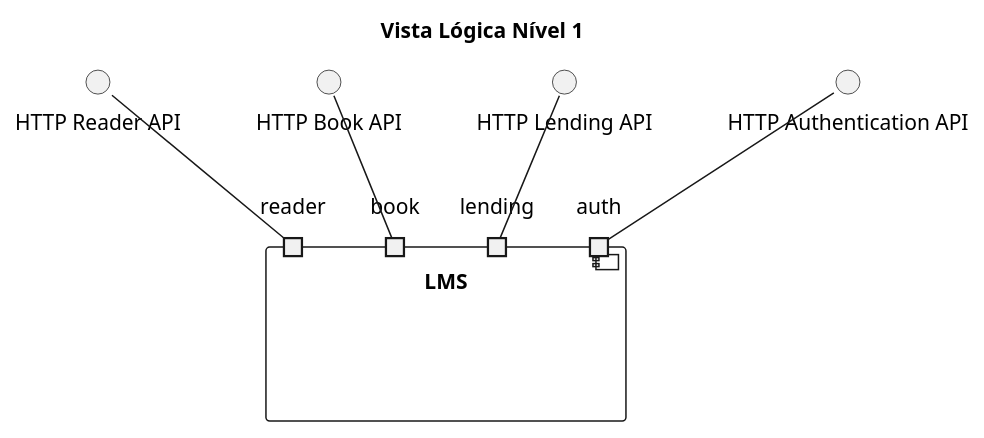
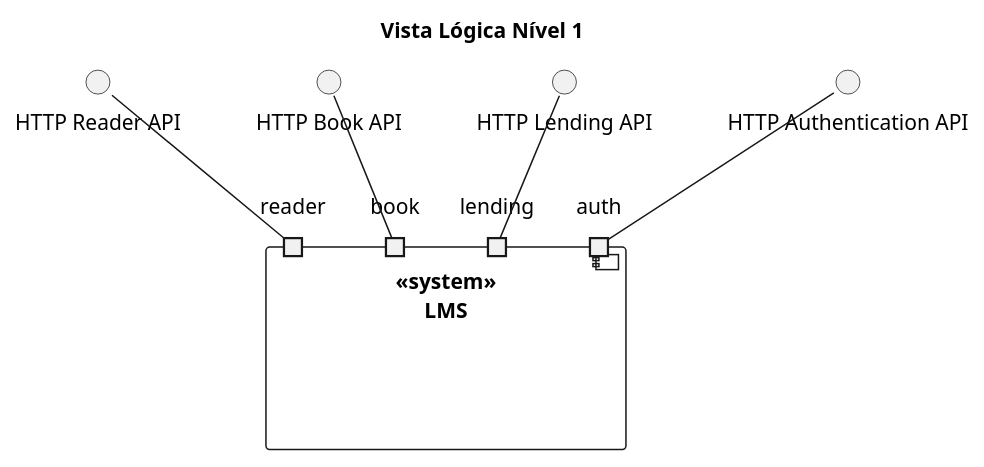
The diagram in Docs/Design/Entrega2/Vistas Lógicas/Nível 1/Nivel1.puml (GitHubCatarina/SIDIS), drawn with PlantUML before and after one commit. The commit also changed 10 other files, not shown here.

```diff
--- a/Docs/Design/Entrega2/Vistas Lógicas/Nível 1/Nivel1.puml
+++ b/Docs/Design/Entrega2/Vistas Lógicas/Nível 1/Nivel1.puml
@@ -1,26 +1,26 @@
 @startuml
 ' https://plantuml.com/class-diagram
 
 title Vista Lógica Nível 1
 
 ' Definir o componente principal LMS
-component LMS {
+component <<system>>\nLMS {
   portin reader
   portin book
   portin lending
   portin auth
 }
 
 ' Definir os componentes dos microserviços
 interface "HTTP Reader API" as RS
 interface "HTTP Book API" as BS
 interface "HTTP Lending API" as LS
 interface "HTTP Authentication API" as AS
 
 ' Conectar os microserviços às portas no componente LMS
 RS -- reader
 BS -- book
 LS -- lending
 AS -- auth
 
 @enduml
```
